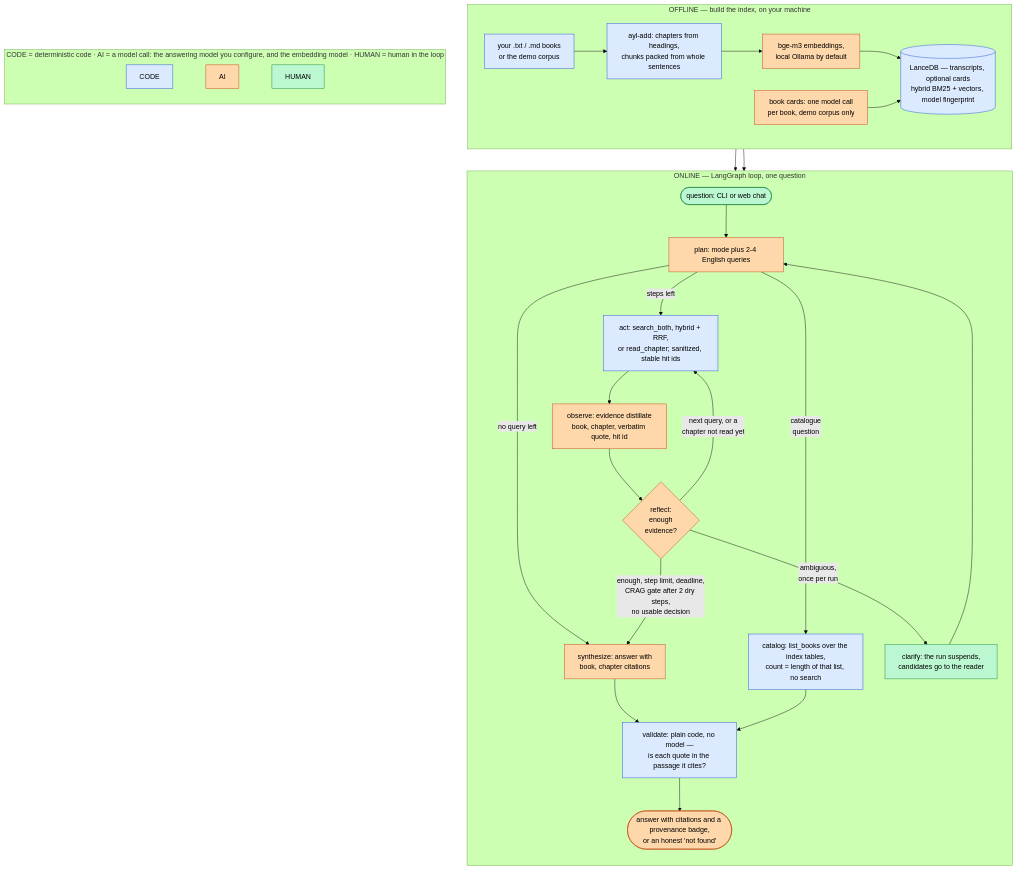
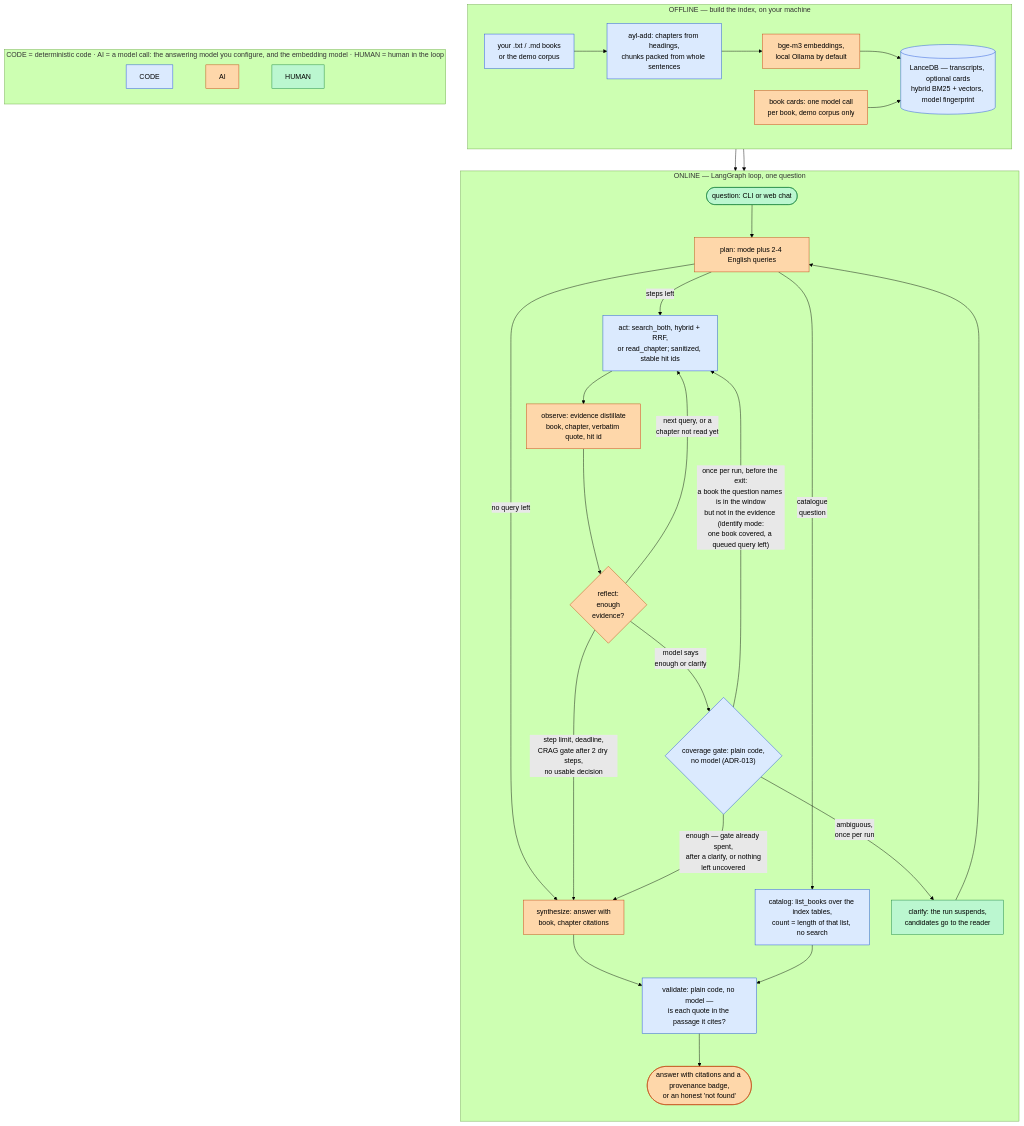
One commit to ievgen-borysenko/ask-your-library changed the second of 2 diagrams in README.md. Above: the diagram before and after it, drawn with Mermaid (forest theme). The commit also changed other lines of this file and 4 other files, not shown here.

````diff
--- a/README.md
+++ b/README.md
@@ -57,37 +59,40 @@
 ```mermaid
 flowchart TB
     subgraph offline["OFFLINE — build the index, on your machine"]
         direction LR
         BK["your .txt / .md books<br/>or the demo corpus"]:::code
         CRD["book cards: one model call<br/>per book, demo corpus only"]:::ai
         BK --> CHK["ayl-add: chapters from headings,<br/>chunks packed from whole sentences"]:::code
         CHK --> EMB["bge-m3 embeddings,<br/>local Ollama by default"]:::ai
         EMB --> DB[("LanceDB — transcripts, optional cards<br/>hybrid BM25 + vectors, model fingerprint")]:::code
         CRD --> DB
     end
     subgraph online["ONLINE — LangGraph loop, one question"]
         direction TB
         Q(["question: CLI or web chat"]):::human --> PLAN["plan: mode plus 2-4 English queries"]:::ai
         PLAN -->|"catalogue<br/>question"| CAT["catalog: list_books over the index tables,<br/>count = length of that list, no search"]:::code
         PLAN -->|"steps left"| ACT["act: search_both, hybrid + RRF,<br/>or read_chapter; sanitized, stable hit ids"]:::code
         PLAN -->|"no query left"| SYN
         ACT --> OBS["observe: evidence distillate<br/>book, chapter, verbatim quote, hit id"]:::ai
         OBS --> REF{"reflect:<br/>enough<br/>evidence?"}:::ai
         REF -->|"next query, or a<br/>chapter not read yet"| ACT
-        REF -->|"ambiguous,<br/>once per run"| CLR["clarify: the run suspends,<br/>candidates go to the reader"]:::human
+        REF -->|"step limit, deadline,<br/>CRAG gate after 2 dry steps,<br/>no usable decision"| SYN["synthesize: answer with<br/>book, chapter citations"]:::ai
+        REF -->|"model says<br/>enough or clarify"| COV{"coverage gate: plain code,<br/>no model (ADR-013)"}:::code
+        COV -->|"once per run, before the exit:<br/>a book the question names is in the window<br/>but not in the evidence (identify mode:<br/>one book covered, a queued query left)"| ACT
+        COV -->|"ambiguous,<br/>once per run"| CLR["clarify: the run suspends,<br/>candidates go to the reader"]:::human
         CLR --> PLAN
-        REF -->|"enough, step limit, deadline,<br/>CRAG gate after 2 dry steps,<br/>no usable decision"| SYN["synthesize: answer with<br/>book, chapter citations"]:::ai
+        COV -->|"enough — gate already spent,<br/>after a clarify, or nothing<br/>left uncovered"| SYN
         SYN --> VAL["validate: plain code, no model —<br/>is each quote in the passage it cites?"]:::code
         CAT --> VAL
         VAL --> OUT(["answer with citations and a provenance badge,<br/>or an honest 'not found'"]):::ai
     end
     subgraph legend["CODE = deterministic code · AI = a model call: the answering model you configure, and the embedding model · HUMAN = human in the loop"]
         direction LR
         L1["CODE"]:::code ~~~ L2["AI"]:::ai ~~~ L3["HUMAN"]:::human
     end
     DB --> ACT
     DB --> CAT
     classDef code fill:#dbeafe,stroke:#1d4ed8,color:#000
     classDef ai fill:#fed7aa,stroke:#c2410c,color:#000
     classDef human fill:#bbf7d0,stroke:#15803d,color:#000
 ```
````
